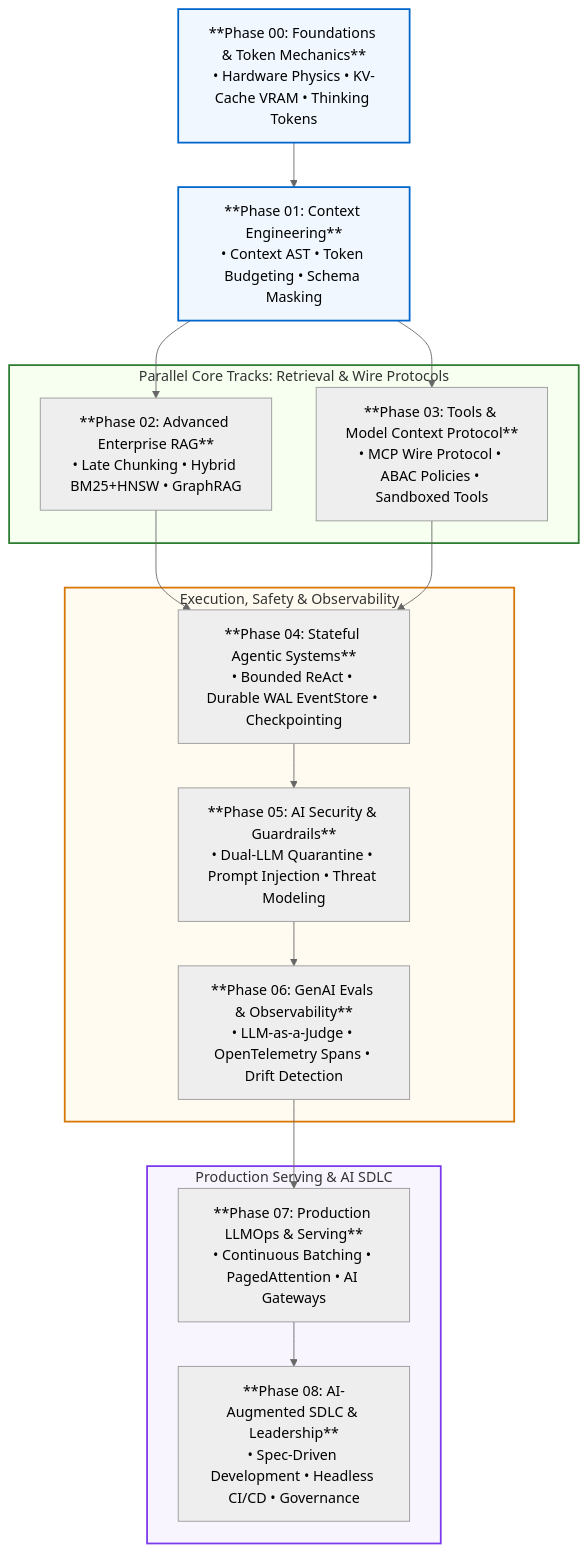
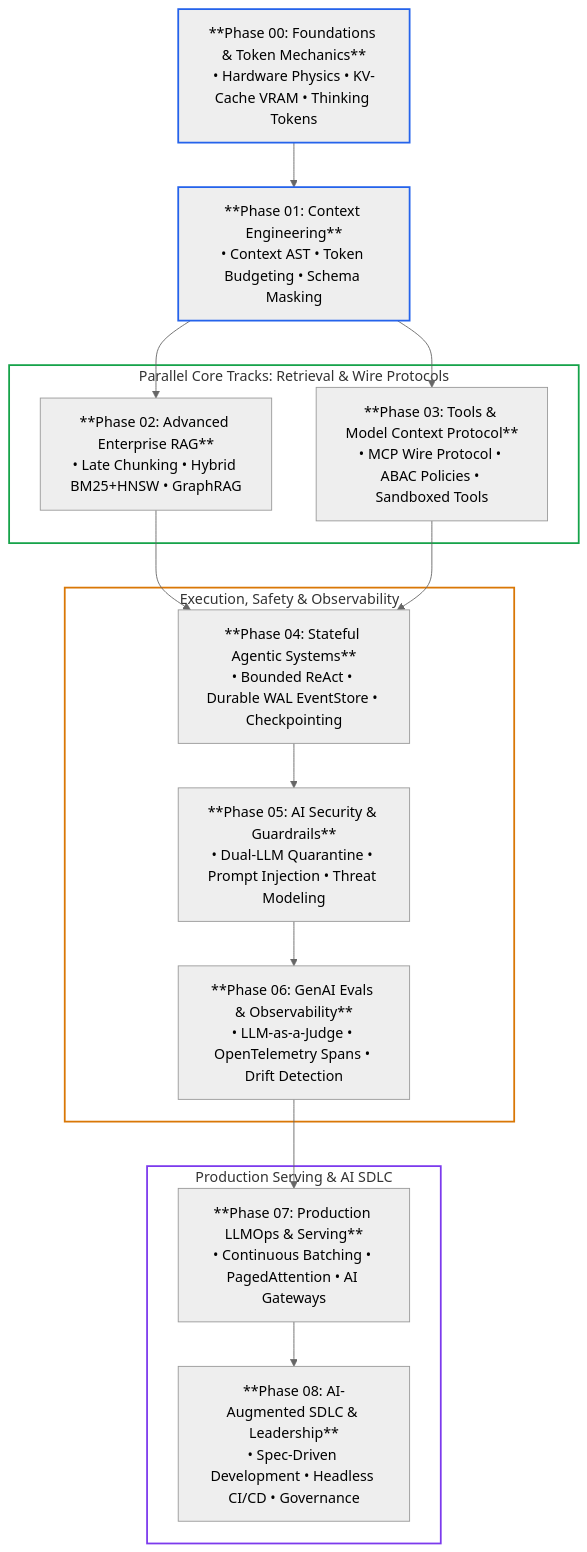
The second of 4 diagrams in README.md (dip4k/senior-engineer-to-ai-engineer-roadmap), drawn with Mermaid (neutral theme) before and after one commit. The commit also changed other lines of this file and 15 other files, not shown here.

First line of the commit message:
feat(curriculum): theme-adaptive diagrams, low-node modular flows, and Phase 00 beginner-style refactor

````diff
--- a/README.md
+++ b/README.md
@@ -120,32 +130,32 @@
 ```mermaid
 flowchart TD
     S0["**Phase 00: Foundations & Token Mechanics**<br>• Hardware Physics • KV-Cache VRAM • Thinking Tokens"] --> S1
     S1["**Phase 01: Context Engineering**<br>• Context AST • Token Budgeting • Schema Masking"] --> S2
     S1 --> S3
     
     subgraph CoreTracks["Parallel Core Tracks: Retrieval & Wire Protocols"]
         S2["**Phase 02: Advanced Enterprise RAG**<br>• Late Chunking • Hybrid BM25+HNSW • GraphRAG"]
         S3["**Phase 03: Tools & Model Context Protocol**<br>• MCP Wire Protocol • ABAC Policies • Sandboxed Tools"]
     end
     
     S2 --> S4
     S3 --> S4
     
     subgraph AgenticTracks["Execution, Safety & Observability"]
         S4["**Phase 04: Stateful Agentic Systems**<br>• Bounded ReAct • Durable WAL EventStore • Checkpointing"] --> S5
         S5["**Phase 05: AI Security & Guardrails**<br>• Dual-LLM Quarantine • Prompt Injection • Threat Modeling"] --> S6
         S6["**Phase 06: GenAI Evals & Observability**<br>• LLM-as-a-Judge • OpenTelemetry Spans • Drift Detection"]
     end
 
     S6 --> S7
     subgraph ProductionTracks["Production Serving & AI SDLC"]
         S7["**Phase 07: Production LLMOps & Serving**<br>• Continuous Batching • PagedAttention • AI Gateways"] --> S8
         S8["**Phase 08: AI-Augmented SDLC & Leadership**<br>• Spec-Driven Development • Headless CI/CD • Governance"]
     end
 
-    style S0 fill:#f0f7ff,stroke:#0066cc,stroke-width:2px
-    style S1 fill:#f0f7ff,stroke:#0066cc,stroke-width:2px
-    style CoreTracks fill:#f6fff0,stroke:#2e7d32,stroke-width:2px
-    style AgenticTracks fill:#fffbf0,stroke:#d97706,stroke-width:2px
-    style ProductionTracks fill:#f8f5ff,stroke:#7c3aed,stroke-width:2px
+    style S0 stroke:#2563eb,stroke-width:2px
+    style S1 stroke:#2563eb,stroke-width:2px
+    style CoreTracks fill:none,stroke:#16a34a,stroke-width:2px
+    style AgenticTracks fill:none,stroke:#d97706,stroke-width:2px
+    style ProductionTracks fill:none,stroke:#7c3aed,stroke-width:2px
 ```
````
